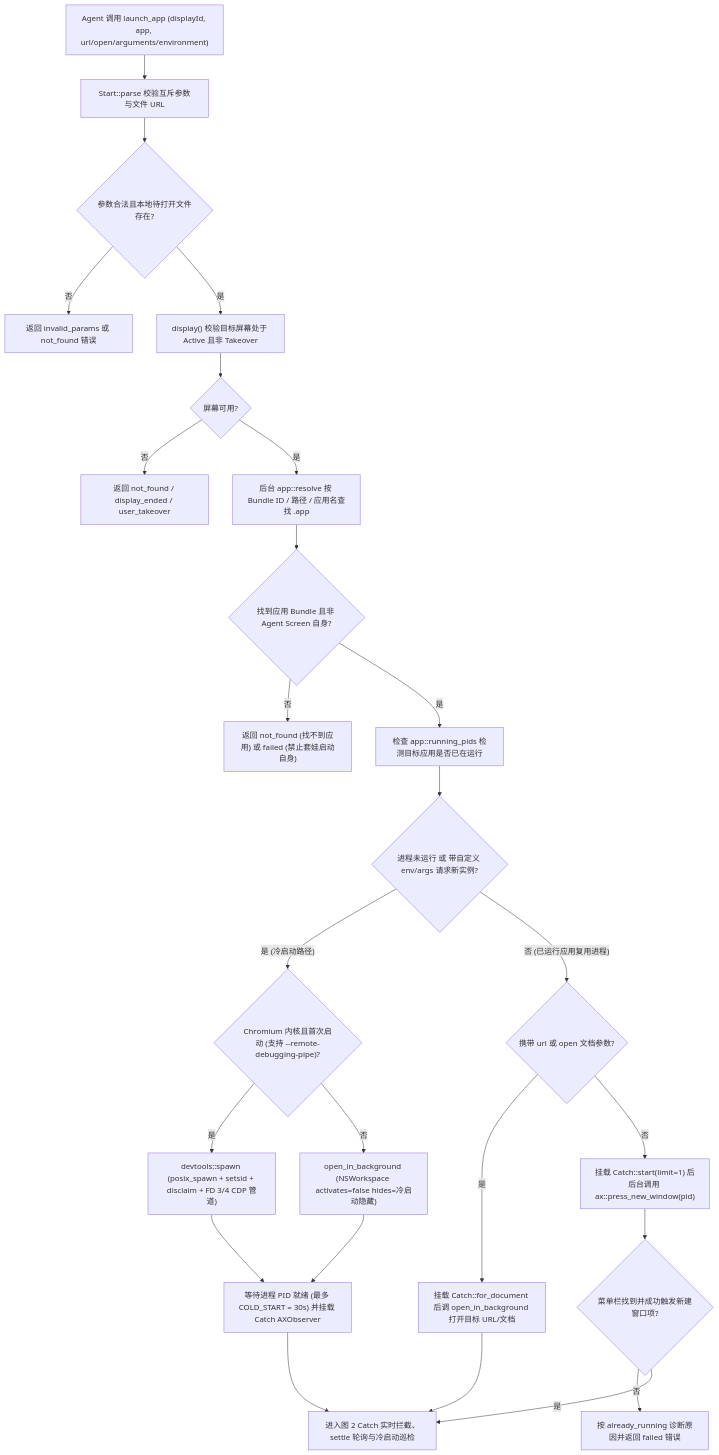
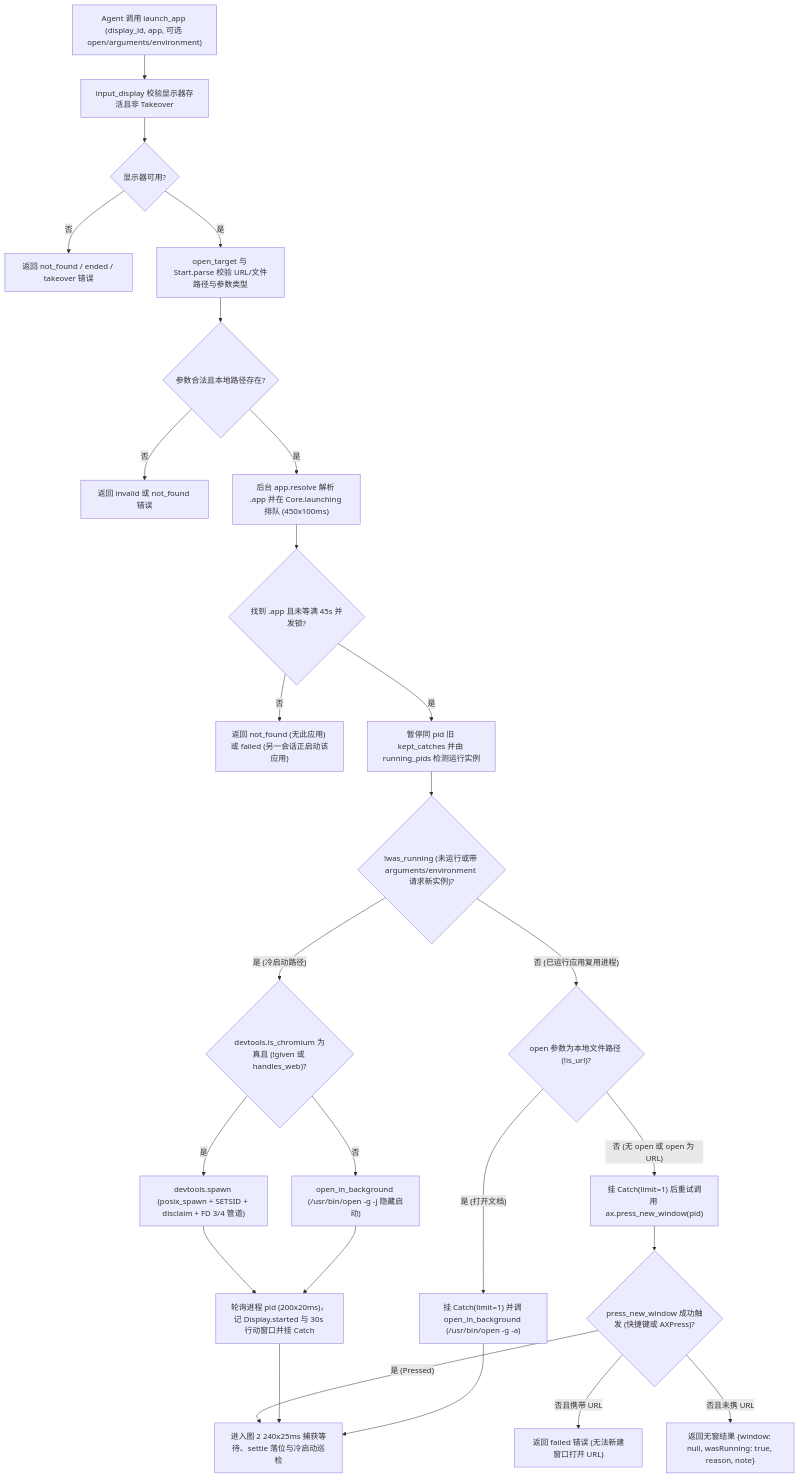
One commit to Fanzzzd/agent-screen changed the first of 2 diagrams in docs/flows/03-launch-app-and-new-window.md. Above: the diagram before and after it, drawn with Mermaid. The commit also changed other lines of this file and 16 other files, not shown here.

First line of the commit message:
docs(docs): audit flow maps row by row with source quotes

````diff
--- a/docs/flows/03-launch-app-and-new-window.md
+++ b/docs/flows/03-launch-app-and-new-window.md
@@ -15,27 +15,28 @@
 ```mermaid
 flowchart TD
-    L1["Agent 调用 launch_app (displayId, app, url/open/arguments/environment)"] --> L2["Start::parse 校验互斥参数与文件 URL"]
-    L2 --> L3{"参数合法且本地待打开文件存在?"}
-    L3 -->|"否"| LX1["返回 invalid_params 或 not_found 错误"]
-    L3 -->|"是"| L4["display() 校验目标屏幕处于 Active 且非 Takeover"]
-    L4 --> L5{"屏幕可用?"}
-    L5 -->|"否"| LX2["返回 not_found / display_ended / user_takeover"]
-    L5 -->|"是"| L6["后台 app::resolve 按 Bundle ID / 路径 / 应用名查找 .app"]
-    L6 --> L7{"找到应用 Bundle 且非 Agent Screen 自身?"}
-    L7 -->|"否"| LX3["返回 not_found (找不到应用) 或 failed (禁止套娃启动自身)"]
-    L7 -->|"是"| L8["检查 app::running_pids 检测目标应用是否已在运行"]
-    L8 --> L9{"进程未运行 或 带自定义 env/args 请求新实例?"}
-    L9 -->|"是 (冷启动路径)"| L10{"Chromium 内核且首次启动 (支持 --remote-debugging-pipe)?"}
-    L10 -->|"是"| L11["devtools::spawn (posix_spawn + setsid + disclaim + FD 3/4 CDP 管道)"]
-    L10 -->|"否"| L12["open_in_background (NSWorkspace activates=false hides=冷启动隐藏)"]
-    L11 --> L13["等待进程 PID 就绪 (最多 COLD_START = 30s) 并挂载 Catch AXObserver"]
+    L1["Agent 调用 launch_app (display_id, app, 可选 open/arguments/environment)"] --> L2["input_display 校验显示器存活且非 Takeover"]
+    L2 --> L3{"显示器可用?"}
+    L3 -->|"否"| LX1["返回 not_found / ended / takeover 错误"]
+    L3 -->|"是"| L4["open_target 与 Start.parse 校验 URL/文件路径与参数类型"]
+    L4 --> L5{"参数合法且本地路径存在?"}
+    L5 -->|"否"| LX2["返回 invalid 或 not_found 错误"]
+    L5 -->|"是"| L6["后台 app.resolve 解析 .app 并在 Core.launching 排队 (450x100ms)"]
+    L6 --> L7{"找到 .app 且未等满 45s 并发锁?"}
+    L7 -->|"否"| LX3["返回 not_found (无此应用) 或 failed (另一会话正启动该应用)"]
+    L7 -->|"是"| L8["暂停同 pid 旧 kept_catches 并由 running_pids 检测运行实例"]
+    L8 --> L9{"!was_running (未运行或带 arguments/environment 请求新实例)?"}
+    L9 -->|"是 (冷启动路径)"| L10{"devtools.is_chromium 为真且 (!given 或 handles_web)?"}
+    L10 -->|"是"| L11["devtools.spawn (posix_spawn + SETSID + disclaim + FD 3/4 管道)"]
+    L10 -->|"否"| L12["open_in_background (/usr/bin/open -g -j 隐藏启动)"]
+    L11 --> L13["轮询进程 pid (200x20ms)，记 Display.started 与 30s 行动窗口并挂 Catch"]
     L12 --> L13
-    L9 -->|"否 (已运行应用复用进程)"| L14{"携带 url 或 open 文档参数?"}
-    L14 -->|"是"| L15["挂载 Catch::for_document 后调 open_in_background 打开目标 URL/文档"]
-    L14 -->|"否"| L16["挂载 Catch::start(limit=1) 后后台调用 ax::press_new_window(pid)"]
-    L16 --> L17{"菜单栏找到并成功触发新建窗口项?"}
-    L17 -->|"否"| LX4["按 already_running 诊断原因并返回 failed 错误"]
-    L17 -->|"是"| L18["进入图 2 Catch 实时拦截、settle 轮询与冷启动巡检"]
+    L9 -->|"否 (已运行应用复用进程)"| L14{"open 参数为本地文件路径 (!is_url)?"}
+    L14 -->|"是 (打开文档)"| L15["挂 Catch(limit=1) 并调 open_in_background (/usr/bin/open -g -a)"]
+    L14 -->|"否 (无 open 或 open 为 URL)"| L16["挂 Catch(limit=1) 后重试调用 ax.press_new_window(pid)"]
+    L16 --> L17{"press_new_window 成功触发 (快捷键或 AXPress)?"}
+    L17 -->|"否且携带 URL"| LX4["返回 failed 错误 (无法新建窗口打开 URL)"]
+    L17 -->|"否且未携 URL"| LR0["返回无窗结果 {window: null, wasRunning: true, reason, note}"]
+    L17 -->|"是 (Pressed)"| L18["进入图 2 240x25ms 捕获等待、settle 落位与冷启动巡检"]
     L13 --> L18
     L15 --> L18
 ```
````
